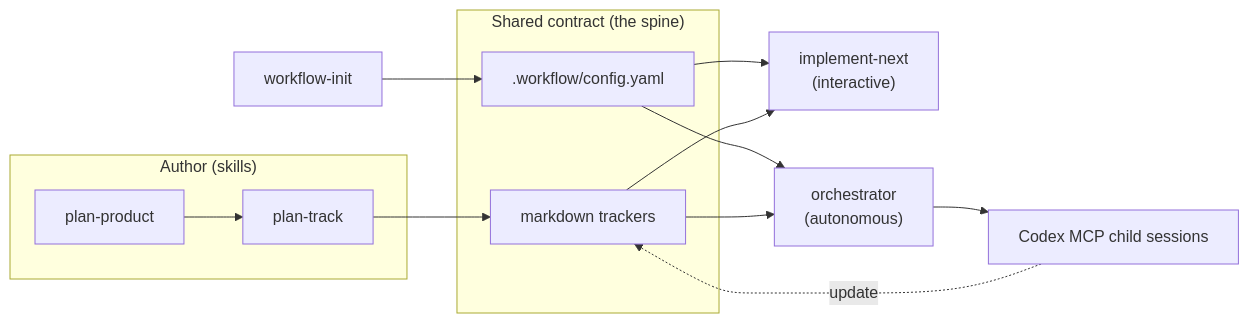
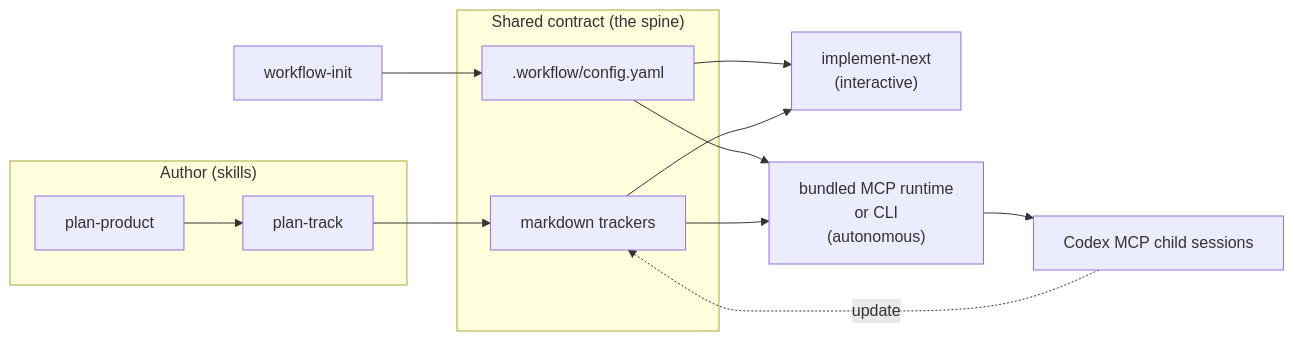
Before and after one commit to aryeko/agentic-workflow-kit: the first of 2 diagrams in README.md, drawn with Mermaid. The commit also changed other lines of this file and 40 other files, not shown here.

First line of the commit message:
feat: bundle MCP plugin runtime (#7)

````diff
--- a/README.md
+++ b/README.md
@@ -17,18 +18,18 @@
 ```mermaid
 flowchart LR
   subgraph Author["Author (skills)"]
     PP[plan-product] --> PT[plan-track]
   end
   WI[workflow-init] --> CFG
   PT --> TRK
   subgraph Contract["Shared contract (the spine)"]
     CFG[".workflow/config.yaml"]
     TRK["markdown trackers"]
   end
   CFG --> IN["implement-next<br/>(interactive)"]
   TRK --> IN
-  CFG --> OR["orchestrator<br/>(autonomous)"]
+  CFG --> OR["bundled MCP runtime<br/>or CLI<br/>(autonomous)"]
   TRK --> OR
   OR --> CODEX["Codex MCP child sessions"]
   CODEX -. update .-> TRK
 ```
````
